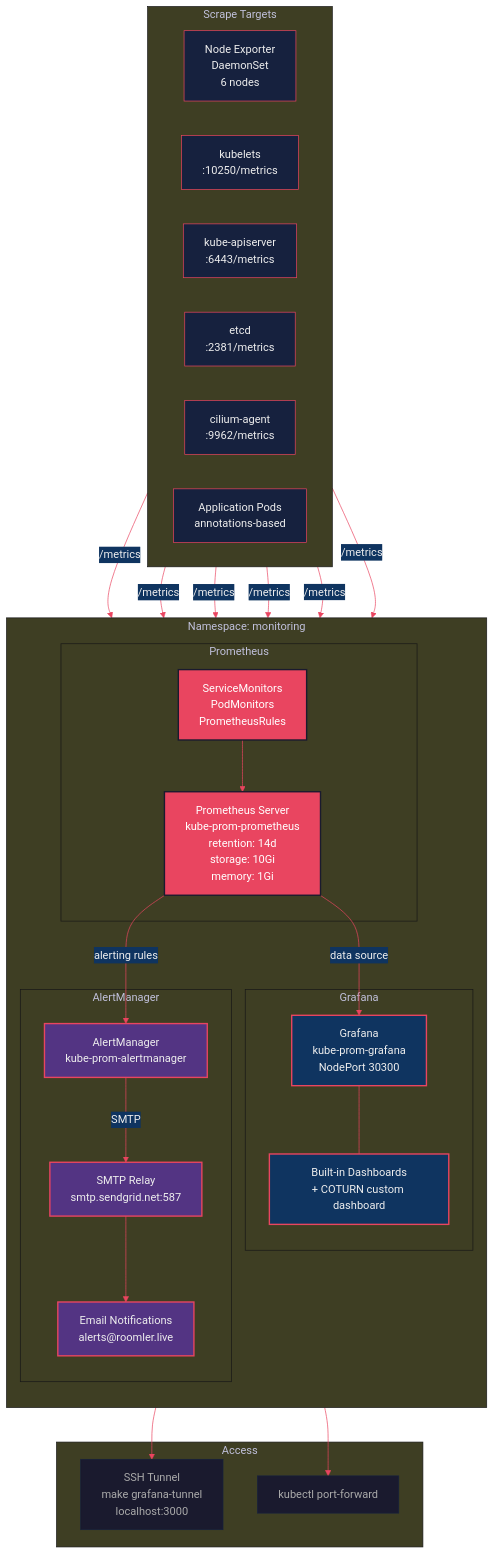
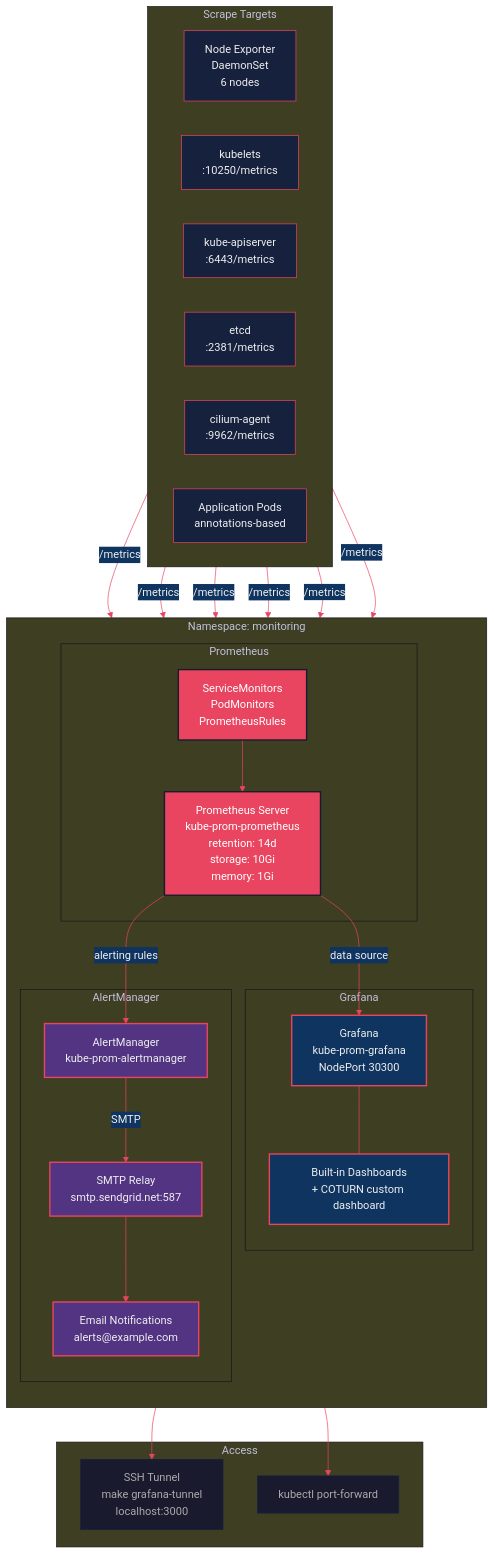
One commit to gjovanov/k8s-cluster-multi changed the diagram in docs/diagrams/08-monitoring.mmd. Above: the diagram before and after it, drawn with Mermaid. The commit also changed 24 other files, not shown here.

```diff
--- a/docs/diagrams/08-monitoring.mmd
+++ b/docs/diagrams/08-monitoring.mmd
@@ -1,66 +1,66 @@
 %%{init: {'theme': 'base', 'themeVariables': {'primaryColor': '#1a1a2e', 'primaryTextColor': '#eee', 'lineColor': '#e94560', 'secondaryColor': '#0f3460'}}}%%
 graph TB
     subgraph TARGETS["Scrape Targets"]
         direction LR
         NODES["Node Exporter<br/>DaemonSet<br/>6 nodes"]
         KUBELETS["kubelets<br/>:10250/metrics"]
         APISERVER["kube-apiserver<br/>:6443/metrics"]
         ETCD_M["etcd<br/>:2381/metrics"]
         CILIUM_M["cilium-agent<br/>:9962/metrics"]
         PODS["Application Pods<br/>annotations-based"]
     end
 
     subgraph MONITORING_NS["Namespace: monitoring"]
         direction TB
 
         subgraph PROMETHEUS["Prometheus"]
             PROM["Prometheus Server<br/>kube-prom-prometheus<br/>retention: 14d<br/>storage: 10Gi<br/>memory: 1Gi"]
             PROM_CFG["ServiceMonitors<br/>PodMonitors<br/>PrometheusRules"]
             PROM_CFG --> PROM
         end
 
         subgraph GRAFANA_STACK["Grafana"]
             GRAFANA["Grafana<br/>kube-prom-grafana<br/>NodePort 30300"]
             DASH["Built-in Dashboards<br/>+ COTURN custom dashboard"]
             GRAFANA --- DASH
         end
 
         subgraph ALERTING["AlertManager"]
             AM["AlertManager<br/>kube-prom-alertmanager"]
             SMTP["SMTP Relay<br/>smtp.sendgrid.net:587"]
-            EMAIL["Email Notifications<br/>alerts@roomler.live"]
+            EMAIL["Email Notifications<br/>alerts@example.com"]
 
             AM -->|"SMTP"| SMTP
             SMTP --> EMAIL
         end
     end
 
     NODES -->|"/metrics"| PROM
     KUBELETS -->|"/metrics"| PROM
     APISERVER -->|"/metrics"| PROM
     ETCD_M -->|"/metrics"| PROM
     CILIUM_M -->|"/metrics"| PROM
     PODS -->|"/metrics"| PROM
 
     PROM -->|"data source"| GRAFANA
     PROM -->|"alerting rules"| AM
 
     subgraph ACCESS["Access"]
         TUNNEL["SSH Tunnel<br/>make grafana-tunnel<br/>localhost:3000"]
         KUBECFG["kubectl port-forward"]
     end
 
     GRAFANA --> TUNNEL
     GRAFANA --> KUBECFG
 
     classDef targetStyle fill:#16213e,stroke:#e94560,stroke-width:1px,color:#eee
     classDef promStyle fill:#e94560,stroke:#1a1a2e,stroke-width:2px,color:#fff
     classDef grafanaStyle fill:#0f3460,stroke:#e94560,stroke-width:2px,color:#eee
     classDef alertStyle fill:#533483,stroke:#e94560,stroke-width:2px,color:#eee
     classDef accessStyle fill:#1a1a2e,stroke:#16213e,stroke-width:1px,color:#aaa
 
     class NODES,KUBELETS,APISERVER,ETCD_M,CILIUM_M,PODS targetStyle
     class PROM,PROM_CFG promStyle
     class GRAFANA,DASH grafanaStyle
     class AM,SMTP,EMAIL alertStyle
     class TUNNEL,KUBECFG accessStyle
```
